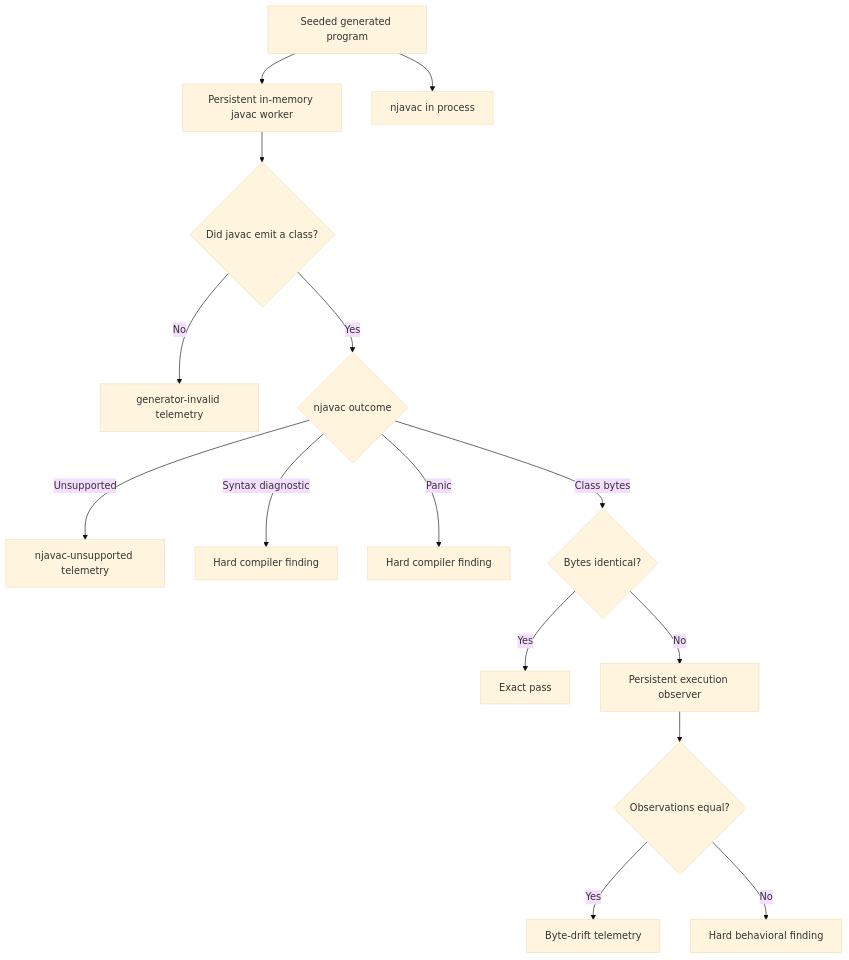
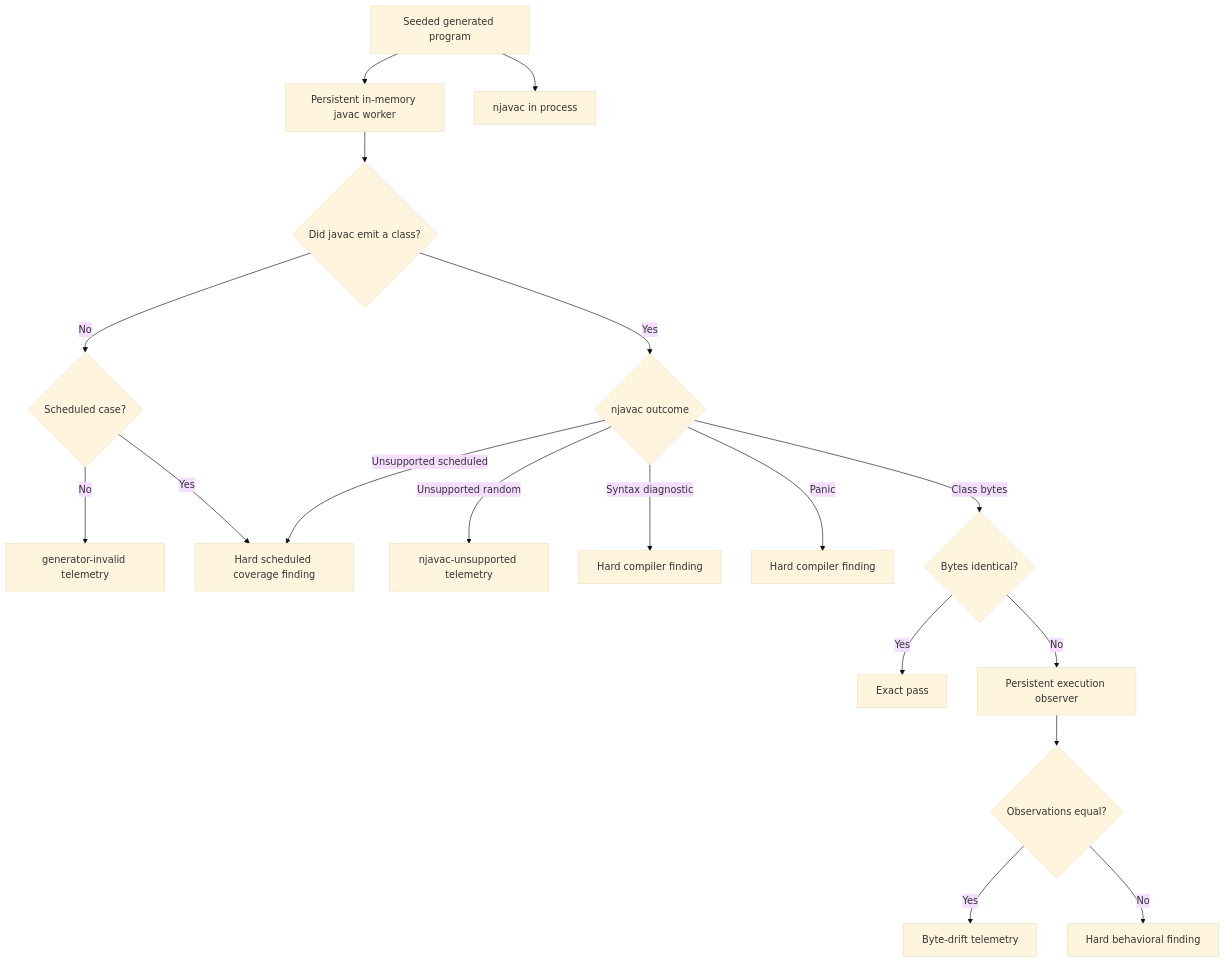
Before and after one commit to VitorNathanG/njavac: the diagram in docs/src/tooling/fuzzing.md, drawn with Mermaid (base theme). The commit also changed other lines of this file and 25 other files, not shown here.

````diff
--- a/docs/src/tooling/fuzzing.md
+++ b/docs/src/tooling/fuzzing.md
@@ -10,17 +12,20 @@
 ```mermaid
 flowchart TD
     Program[Seeded generated program] --> Javac[Persistent in-memory javac worker]
     Program --> Njavac[njavac in process]
     Javac --> Accepted{Did javac emit a class?}
-    Accepted -->|No| Invalid[generator-invalid telemetry]
+    Accepted -->|No| ScheduledReject{Scheduled case?}
+    ScheduledReject -->|No| Invalid[generator-invalid telemetry]
+    ScheduledReject -->|Yes| Coverage[Hard scheduled coverage finding]
     Accepted -->|Yes| Candidate{njavac outcome}
-    Candidate -->|Unsupported| Unsupported[njavac-unsupported telemetry]
+    Candidate -->|Unsupported random| Unsupported[njavac-unsupported telemetry]
+    Candidate -->|Unsupported scheduled| Coverage
     Candidate -->|Syntax diagnostic| Syntax[Hard compiler finding]
     Candidate -->|Panic| Panic[Hard compiler finding]
     Candidate -->|Class bytes| Bytes{Bytes identical?}
     Bytes -->|Yes| Exact[Exact pass]
     Bytes -->|No| Observer[Persistent execution observer]
     Observer --> Same{Observations equal?}
     Same -->|Yes| Drift[Byte-drift telemetry]
     Same -->|No| Behavior[Hard behavioral finding]
 ```
````
